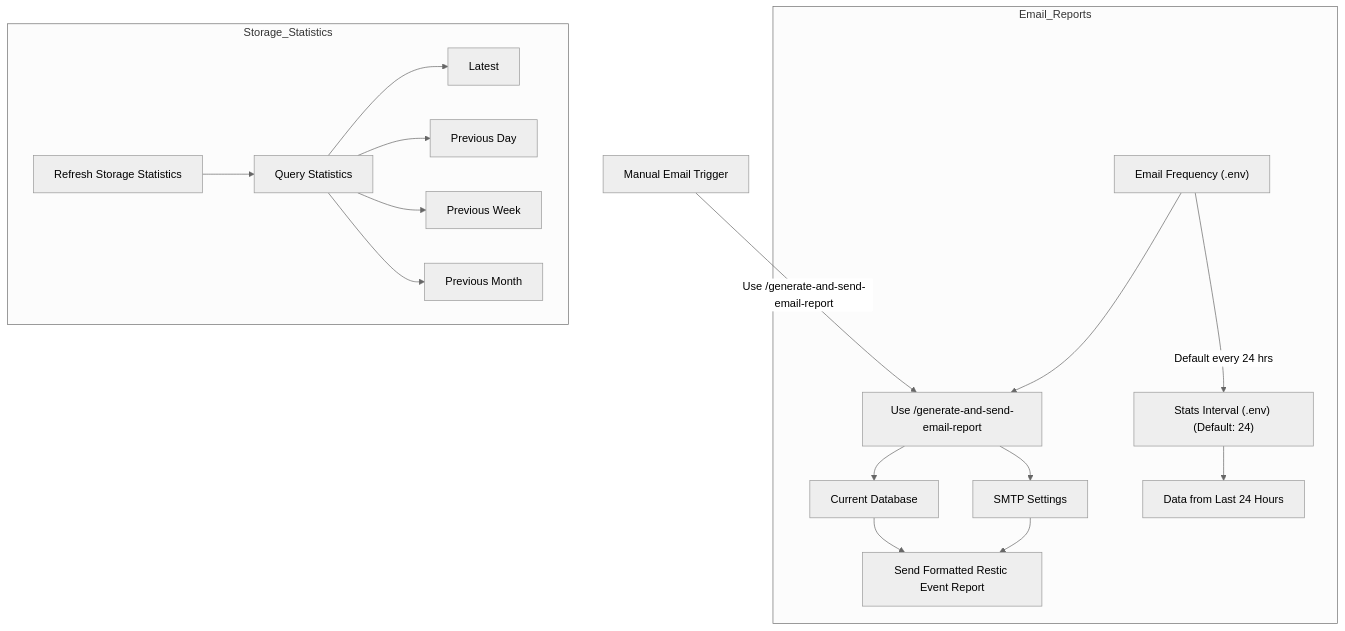
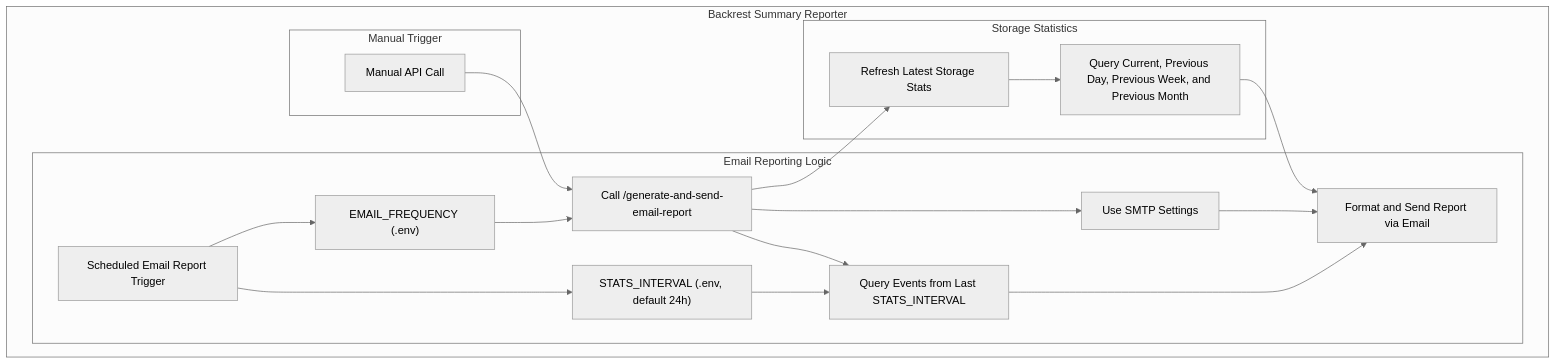
Before and after one commit to estes-sj/Backrest-Summary-Reporter: the third of 3 diagrams in README.md, drawn with Mermaid (neutral theme). The commit also changed other lines of this file and 4 other files, not shown here.

Commit message:
Unify report generation timestamp format, improve diagrams for main functions in README, and add note about rclone mounts in README

````diff
--- a/README.md
+++ b/README.md
@@ -64,27 +86,38 @@
 ```mermaid
 flowchart TD
-    subgraph Email_Reports
-        A["Email Frequency (.env)"]
-        A --> B["Use /generate-and-send-email-report"]
-        B --> C["SMTP Settings"]
-        B --> D["Current Database"]
-        C --> E["Send Formatted Restic Event Report"]
-        D --> E
-        A -->|Default every 24 hrs| F["Check STATS_INTERVAL"]
+    subgraph Backrest Summary Reporter
 
-        F["Stats Interval (.env) (Default: 24)"]
-        F --> G["Data from Last 24 Hours"]
+        subgraph Email Reporting Logic
+            E1["Scheduled Email Report Trigger"]
+            E2["EMAIL_FREQUENCY (.env)"]
+            E3["STATS_INTERVAL (.env, default 24h)"]
+            E4["Call /generate-and-send-email-report"]
+            E5["Use SMTP Settings"]
+            E6["Query Events from Last STATS_INTERVAL"]
+            E7["Format and Send Report via Email"]
+        end
+
+        subgraph Manual Trigger
+            M1["Manual API Call"]
+            M1 --> E4
+        end
+
+        subgraph Storage Statistics
+            S1["Refresh Latest Storage Stats"]
+            S2["Query Current, Previous Day, Previous Week, and Previous Month"]
+        end
+
     end
 
-    H["Manual Email Trigger"]
-    H -->|Use /generate-and-send-email-report| B
-
-    subgraph Storage_Statistics
-        I["Refresh Storage Statistics"]
-        I --> J["Query Statistics"]
-        J --> K["Latest"]
-        J --> L["Previous Day"]
-        J --> M["Previous Week"]
-        J --> N["Previous Month"]
-    end
+    E1 --> E2
+    E1 --> E3
+    E2 --> E4
+    E3 --> E6
+    E4 --> S1
+    E4 --> E5
+    E4 --> E6
+    E6 --> E7
+    E5 --> E7
+    S1 --> S2
+    S2 --> E7
 ```
````
